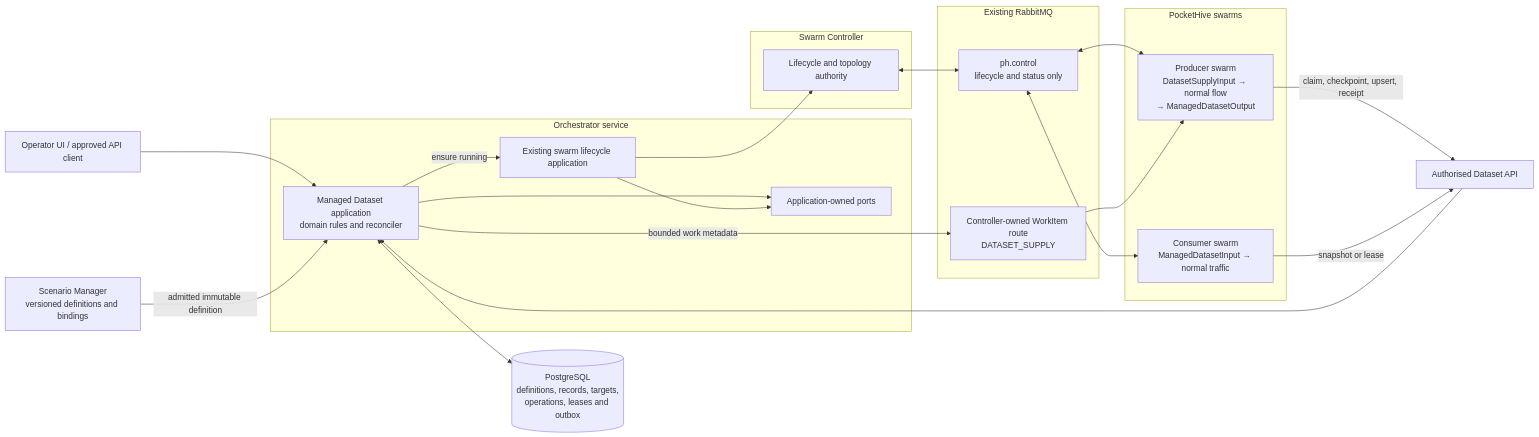
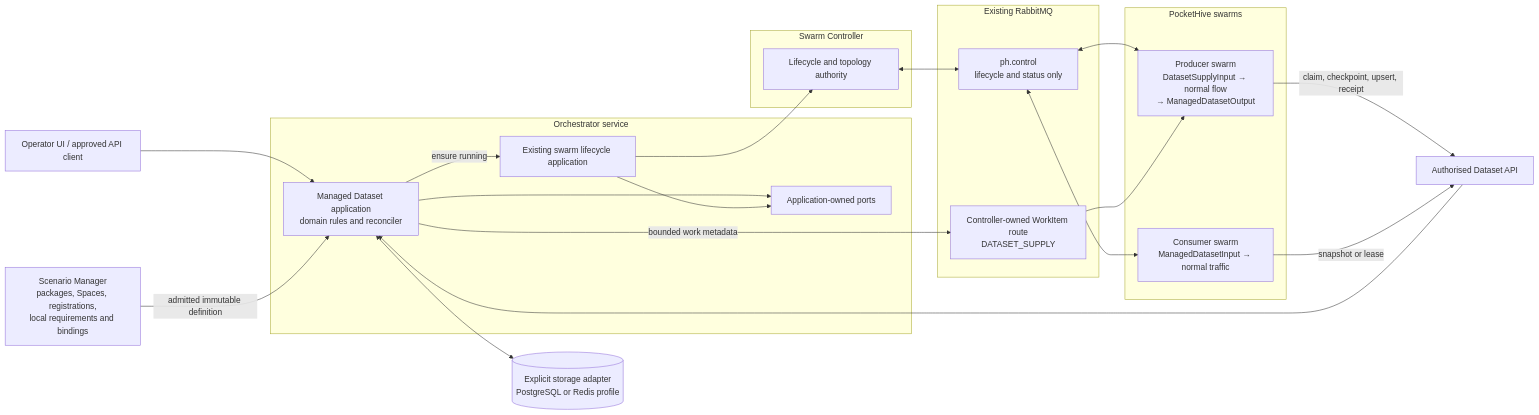
The first of 2 diagrams in docs/inProgress/managed-datasets-team-design-overview.md (sepa79/PocketHive), drawn with Mermaid before and after one commit. The commit also changed other lines of this file and 25 other files, not shown here.

````diff
--- a/docs/inProgress/managed-datasets-team-design-overview.md
+++ b/docs/inProgress/managed-datasets-team-design-overview.md
@@ -45,44 +75,44 @@
 ```mermaid
 flowchart LR
   UI[Operator UI / approved API client]
-  SM[Scenario Manager<br/>versioned definitions and bindings]
+  SM[Scenario Manager<br/>packages, Spaces, registrations,<br/>local requirements and bindings]
 
   subgraph ORCH[Orchestrator service]
     DS[Managed Dataset application<br/>domain rules and reconciler]
     LC[Existing swarm lifecycle application]
     PORTS[Application-owned ports]
     DS --> PORTS
     LC --> PORTS
   end
 
   subgraph SC[Swarm Controller]
     LIFE[Lifecycle and topology authority]
   end
 
   subgraph RMQ[Existing RabbitMQ]
     CONTROL[ph.control<br/>lifecycle and status only]
     WORK[Controller-owned WorkItem route<br/>DATASET_SUPPLY]
   end
 
   subgraph SWARMS[PocketHive swarms]
     PRODUCER[Producer swarm<br/>DatasetSupplyInput → normal flow<br/>→ ManagedDatasetOutput]
     CONSUMER[Consumer swarm<br/>ManagedDatasetInput → normal traffic]
   end
 
   API[Authorised Dataset API]
-  PG[(PostgreSQL<br/>definitions, records, targets,<br/>operations, leases and outbox)]
+  STORE[(Explicit storage adapter<br/>PostgreSQL or Redis profile)]
 
   UI --> DS
   SM -->|admitted immutable definition| DS
   DS -->|ensure running| LC
   LC --> LIFE
   LIFE <--> CONTROL
   CONTROL <--> PRODUCER
   CONTROL <--> CONSUMER
   DS -->|bounded work metadata| WORK
   WORK --> PRODUCER
   PRODUCER -->|claim, checkpoint, upsert, receipt| API
   CONSUMER -->|snapshot or lease| API
   API --> DS
-  DS <--> PG
+  DS <--> STORE
 ```
````
